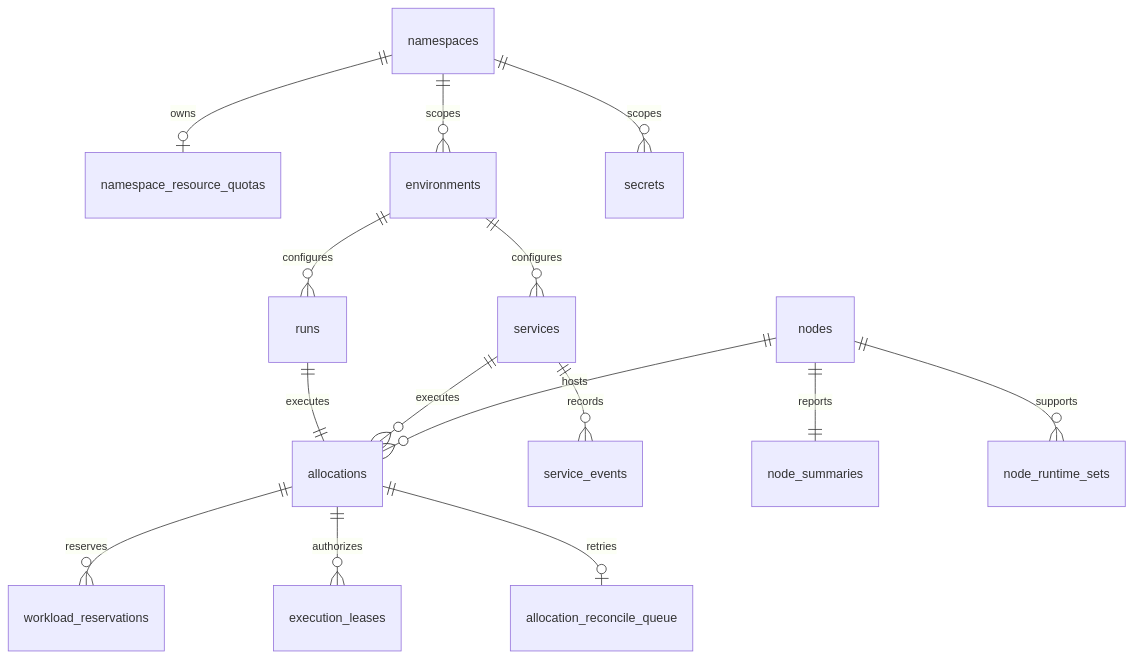
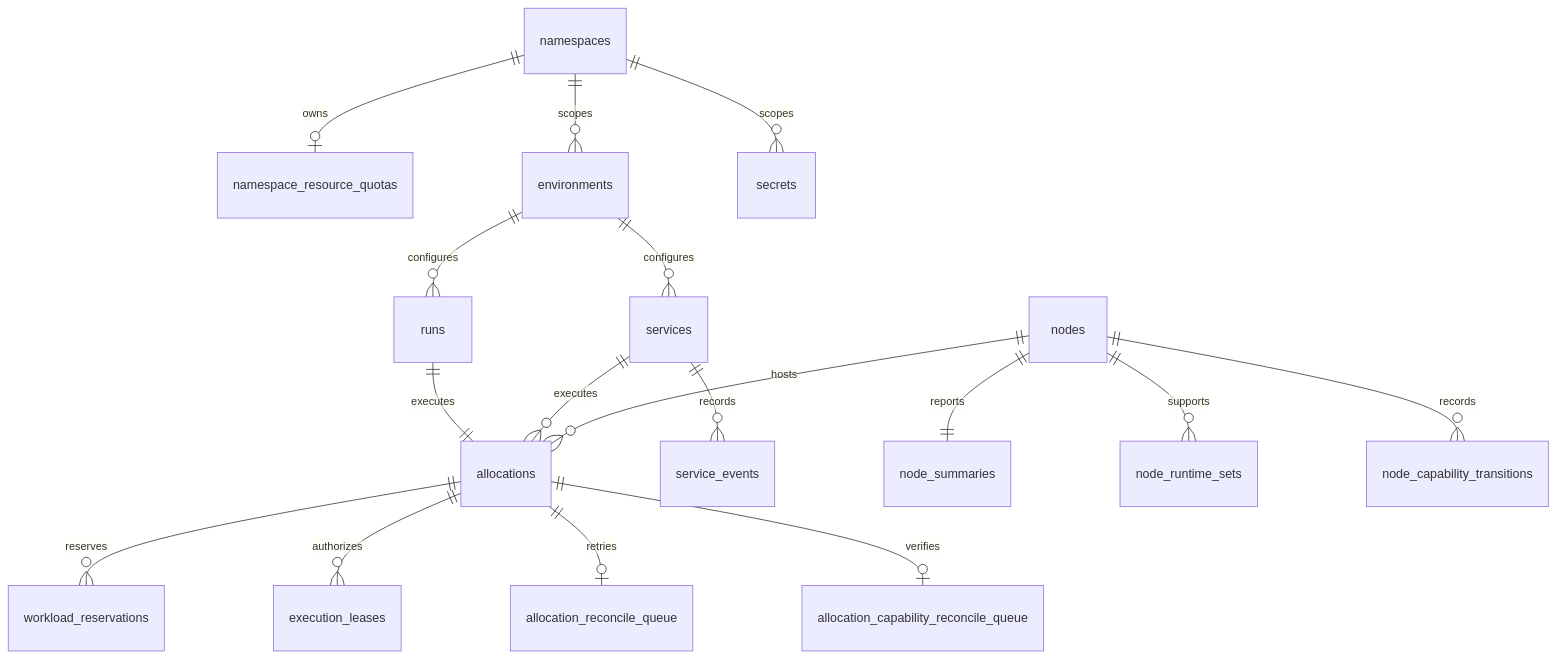
The second of 6 diagrams in control/controld/docs/postgres-schema-design.md (cofy-x/axern), drawn with Mermaid before and after one commit. The commit also changed other lines of this file and 254 other files, not shown here.

````diff
--- a/control/controld/docs/postgres-schema-design.md
+++ b/control/controld/docs/postgres-schema-design.md
@@ -43,17 +50,19 @@
 ```mermaid
 erDiagram
   namespaces ||--o| namespace_resource_quotas : owns
   namespaces ||--o{ environments : scopes
   namespaces ||--o{ secrets : scopes
   environments ||--o{ runs : configures
   environments ||--o{ services : configures
   runs ||--|| allocations : executes
   services ||--o{ allocations : executes
   services ||--o{ service_events : records
   nodes ||--o{ allocations : hosts
   nodes ||--|| node_summaries : reports
   nodes ||--o{ node_runtime_sets : supports
   allocations ||--o{ workload_reservations : reserves
   allocations ||--o{ execution_leases : authorizes
   allocations ||--o| allocation_reconcile_queue : retries
+  allocations ||--o| allocation_capability_reconcile_queue : verifies
+  nodes ||--o{ node_capability_transitions : records
 ```
````
